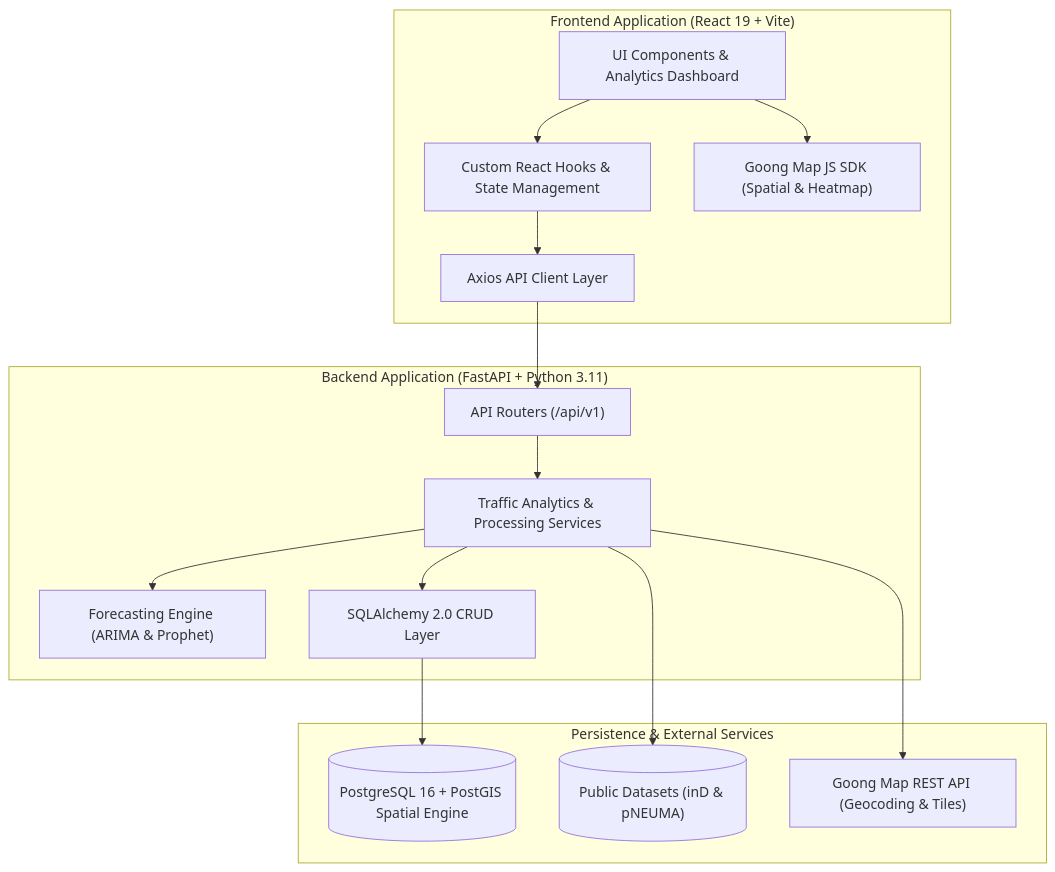
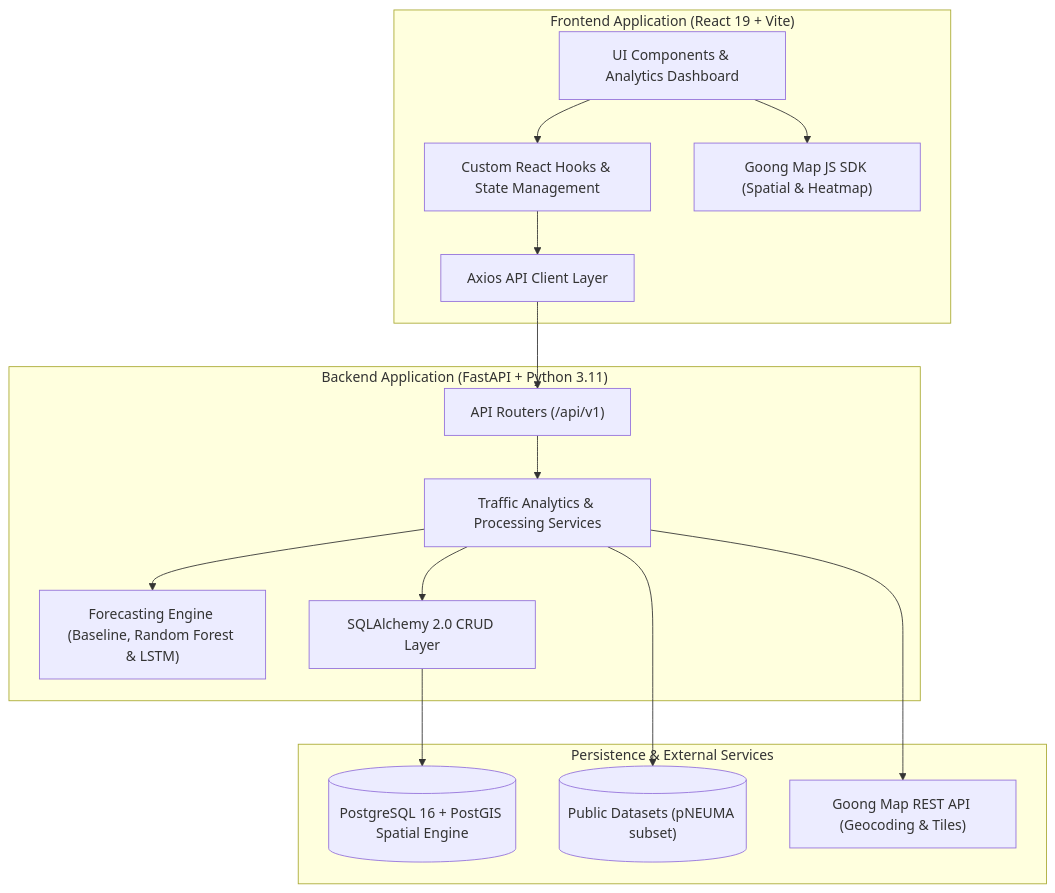
Before and after one commit to Xtruong2909/Capstone_Project: the diagram in README.md, drawn with Mermaid. The commit also changed other lines of this file and 4 other files, not shown here.

````diff
--- a/README.md
+++ b/README.md
@@ -54,32 +55,32 @@
 ```mermaid
 flowchart TD
     subgraph FE["Frontend Application (React 19 + Vite)"]
         UI["UI Components & Analytics Dashboard"]
         Hooks["Custom React Hooks & State Management"]
         Client["Axios API Client Layer"]
         GoongSDK["Goong Map JS SDK (Spatial & Heatmap)"]
         UI --> Hooks --> Client
         UI --> GoongSDK
     end
 
     subgraph BE["Backend Application (FastAPI + Python 3.11)"]
         Router["API Routers (/api/v1)"]
         Service["Traffic Analytics & Processing Services"]
-        Forecast["Forecasting Engine (ARIMA & Prophet)"]
+        Forecast["Forecasting Engine (Baseline, Random Forest & LSTM)"]
         CRUD["SQLAlchemy 2.0 CRUD Layer"]
         Router --> Service
         Service --> Forecast
         Service --> CRUD
     end
 
     subgraph Storage["Persistence & External Services"]
         DB[("PostgreSQL 16 + PostGIS Spatial Engine")]
-        Datasets[("Public Datasets (inD & pNEUMA)")]
+        Datasets[("Public Datasets (pNEUMA subset)")]
         GoongAPI["Goong Map REST API (Geocoding & Tiles)"]
     end
 
     Client --> Router
     CRUD --> DB
     Service --> Datasets
     Service --> GoongAPI
 ```
````
